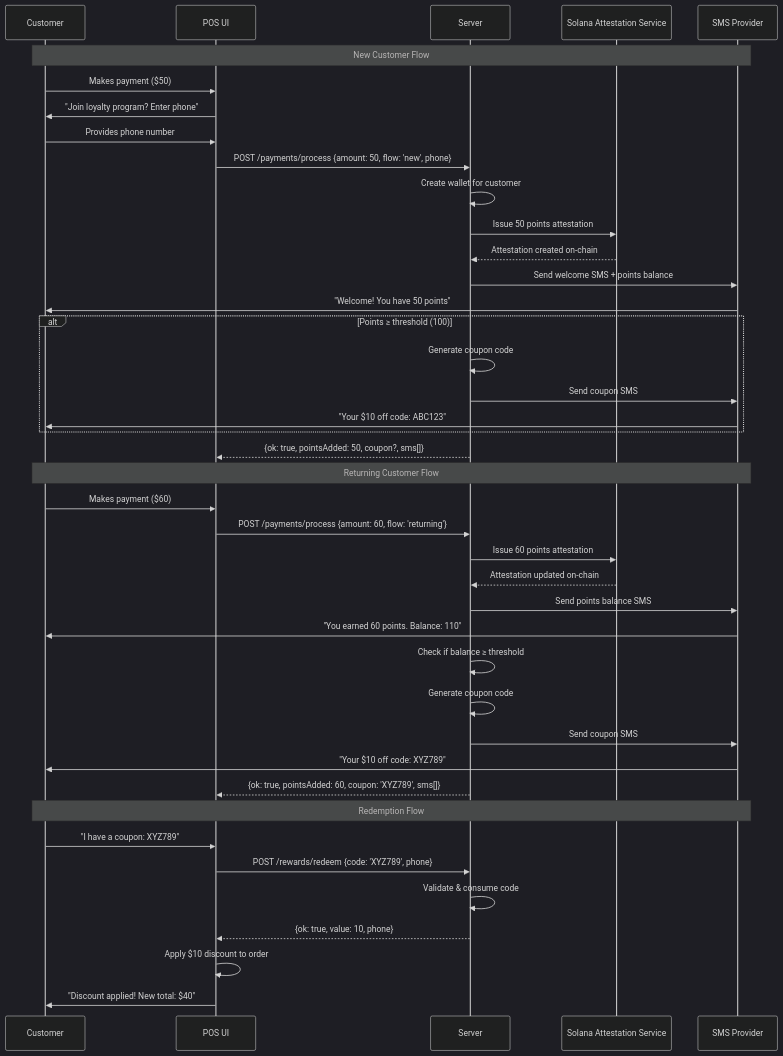
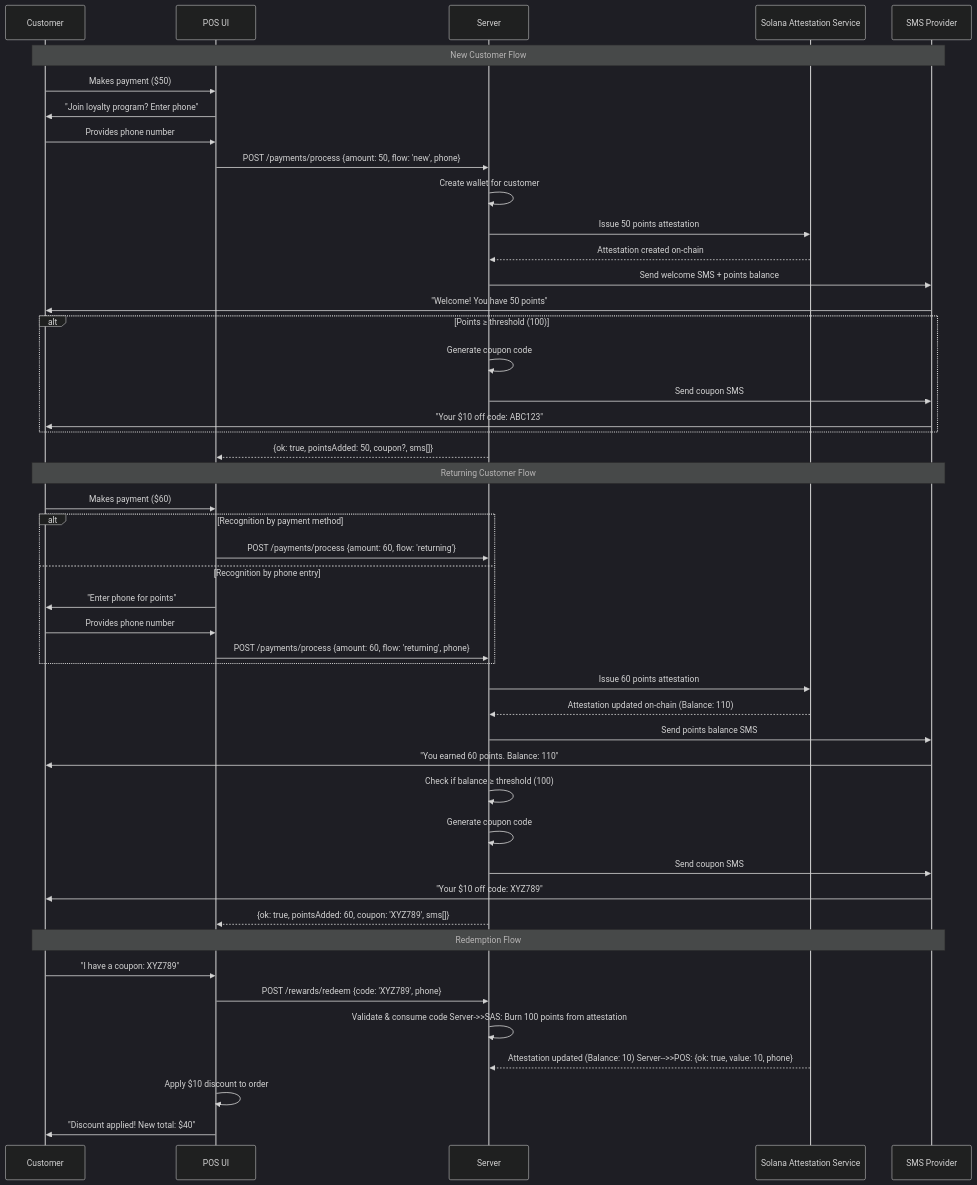
Before and after one commit to death-beach/sas-loyalty-starter: the diagram in README.md, drawn with Mermaid (dark theme). The commit also changed other lines of this file, not shown here.

Commit message:
updated mermaiad chart with a few detais

````diff
--- a/README.md
+++ b/README.md
@@ -120,46 +121,52 @@
 ```mermaid
 sequenceDiagram
   participant Customer
   participant POS as POS UI
   participant Server
   participant SAS as Solana Attestation Service
   participant SMS as SMS Provider
   
   Note over Customer,SMS: New Customer Flow
   Customer->>POS: Makes payment ($50)
   POS->>Customer: "Join loyalty program? Enter phone"
   Customer->>POS: Provides phone number
   POS->>Server: POST /payments/process {amount: 50, flow: 'new', phone}
   Server->>Server: Create wallet for customer
   Server->>SAS: Issue 50 points attestation
   SAS-->>Server: Attestation created on-chain
   Server->>SMS: Send welcome SMS + points balance
   SMS->>Customer: "Welcome! You have 50 points"
   alt Points ≥ threshold (100)
     Server->>Server: Generate coupon code
     Server->>SMS: Send coupon SMS
     SMS->>Customer: "Your $10 off code: ABC123"
   end
   Server-->>POS: {ok: true, pointsAdded: 50, coupon?, sms[]}
   
   Note over Customer,SMS: Returning Customer Flow  
   Customer->>POS: Makes payment ($60)
-  POS->>Server: POST /payments/process {amount: 60, flow: 'returning'}
+  alt Recognition by payment method
+    POS->>Server: POST /payments/process {amount: 60, flow: 'returning'}
+  else Recognition by phone entry
+    POS->>Customer: "Enter phone for points"
+    Customer->>POS: Provides phone number
+    POS->>Server: POST /payments/process {amount: 60, flow: 'returning', phone}
+  end
   Server->>SAS: Issue 60 points attestation
-  SAS-->>Server: Attestation updated on-chain
+  SAS-->>Server: Attestation updated on-chain (Balance: 110)
   Server->>SMS: Send points balance SMS
   SMS->>Customer: "You earned 60 points. Balance: 110"
-  Server->>Server: Check if balance ≥ threshold
+  Server->>Server: Check if balance ≥ threshold (100)
   Server->>Server: Generate coupon code
   Server->>SMS: Send coupon SMS
   SMS->>Customer: "Your $10 off code: XYZ789"
   Server-->>POS: {ok: true, pointsAdded: 60, coupon: 'XYZ789', sms[]}
   
   Note over Customer,SMS: Redemption Flow
   Customer->>POS: "I have a coupon: XYZ789"
   POS->>Server: POST /rewards/redeem {code: 'XYZ789', phone}
-  Server->>Server: Validate & consume code
-  Server-->>POS: {ok: true, value: 10, phone}
+  Server->>Server: Validate & consume code  Server->>SAS: Burn 100 points from attestation
+  SAS-->>Server: Attestation updated (Balance: 10)  Server-->>POS: {ok: true, value: 10, phone}
   POS->>POS: Apply $10 discount to order
   POS->>Customer: "Discount applied! New total: $40"
 ```
````
